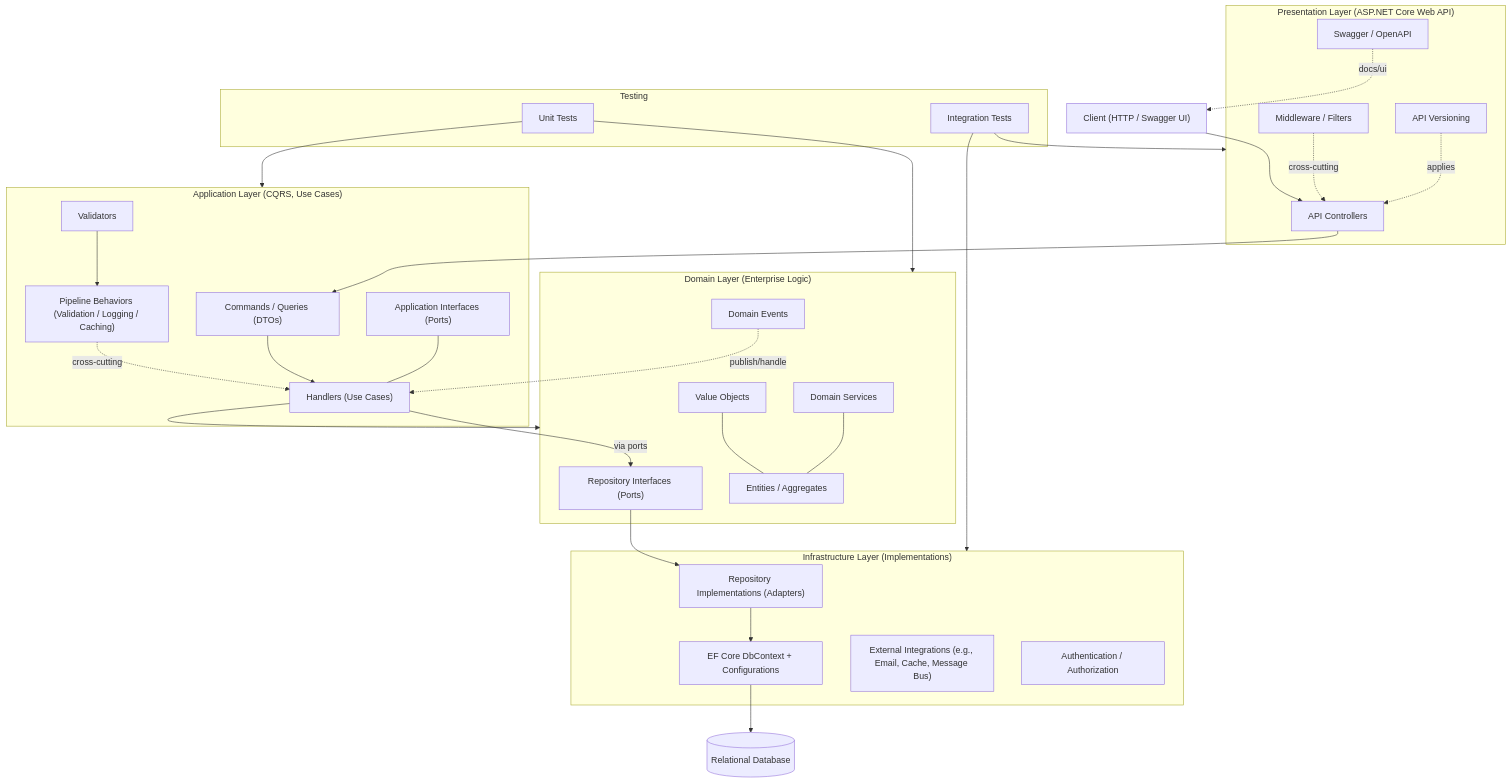
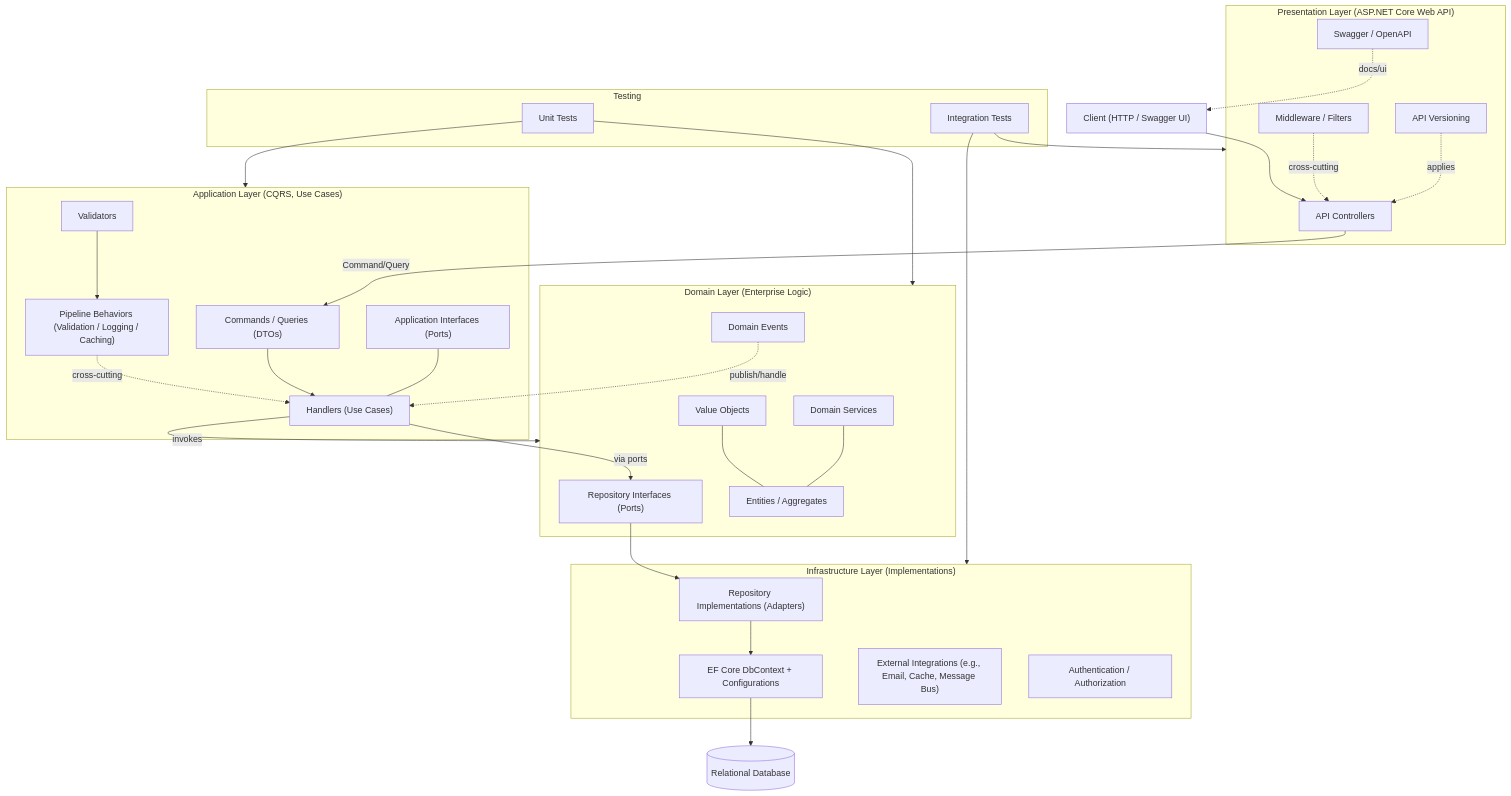
One commit to omid-ahmadpour/CleanArchitecture-Template changed the diagram in README.md. Above: the diagram before and after it, drawn with Mermaid. The commit also changed other lines of this file, not shown here.

````diff
--- a/README.md
+++ b/README.md
@@ -13,72 +16,72 @@
 ```mermaid
 flowchart TB
   %% LAYERS
   subgraph Presentation["Presentation Layer (ASP.NET Core Web API)"]
     Controllers["API Controllers"]
     Middleware["Middleware / Filters"]
     Versioning["API Versioning"]
     Swagger["Swagger / OpenAPI"]
   end
 
   subgraph Application["Application Layer (CQRS, Use Cases)"]
     CQRS["Commands / Queries (DTOs)"]
     Handlers["Handlers (Use Cases)"]
     Behaviors["Pipeline Behaviors (Validation / Logging / Caching)"]
     Validators["Validators"]
     AppPorts["Application Interfaces (Ports)"]
   end
 
   subgraph Domain["Domain Layer (Enterprise Logic)"]
     Entities["Entities / Aggregates"]
     ValueObjects["Value Objects"]
     DomainEvents["Domain Events"]
     RepoPorts["Repository Interfaces (Ports)"]
     DomainServices["Domain Services"]
   end
 
   subgraph Infrastructure["Infrastructure Layer (Implementations)"]
     Repositories["Repository Implementations (Adapters)"]
     DbContext["EF Core DbContext + Configurations"]
     External["External Integrations (e.g., Email, Cache, Message Bus)"]
     Auth["Authentication / Authorization"]
   end
 
   subgraph Testing["Testing"]
     UnitTests["Unit Tests"]
     IntegrationTests["Integration Tests"]
   end
 
   Database[("Relational Database")]
 
   %% FLOWS
   Client["Client (HTTP / Swagger UI)"] --> Controllers
-  Controllers --> CQRS
+  Controllers -->|Command/Query| CQRS
   Middleware -. cross-cutting .-> Controllers
   Versioning -. applies .-> Controllers
   Swagger -. docs/ui .-> Client
 
   CQRS --> Handlers
-  Handlers --> Domain
+  Handlers -->|invokes| Domain
   Validators --> Behaviors
   Behaviors -. cross-cutting .-> Handlers
 
   %% PORTS AND ADAPTERS
   Handlers -->|via ports| RepoPorts
   RepoPorts --> Repositories
   Repositories --> DbContext
   DbContext --> Database
 
   %% DOMAIN EVENTS
   DomainEvents -. publish/handle .-> Handlers
 
   %% TESTING SURFACES
   UnitTests --> Domain
   UnitTests --> Application
   IntegrationTests --> Presentation
   IntegrationTests --> Infrastructure
 
   %% INTERNAL RELATIONSHIPS
   DomainServices --- Entities
   ValueObjects --- Entities
   AppPorts --- Handlers
 ```
````
